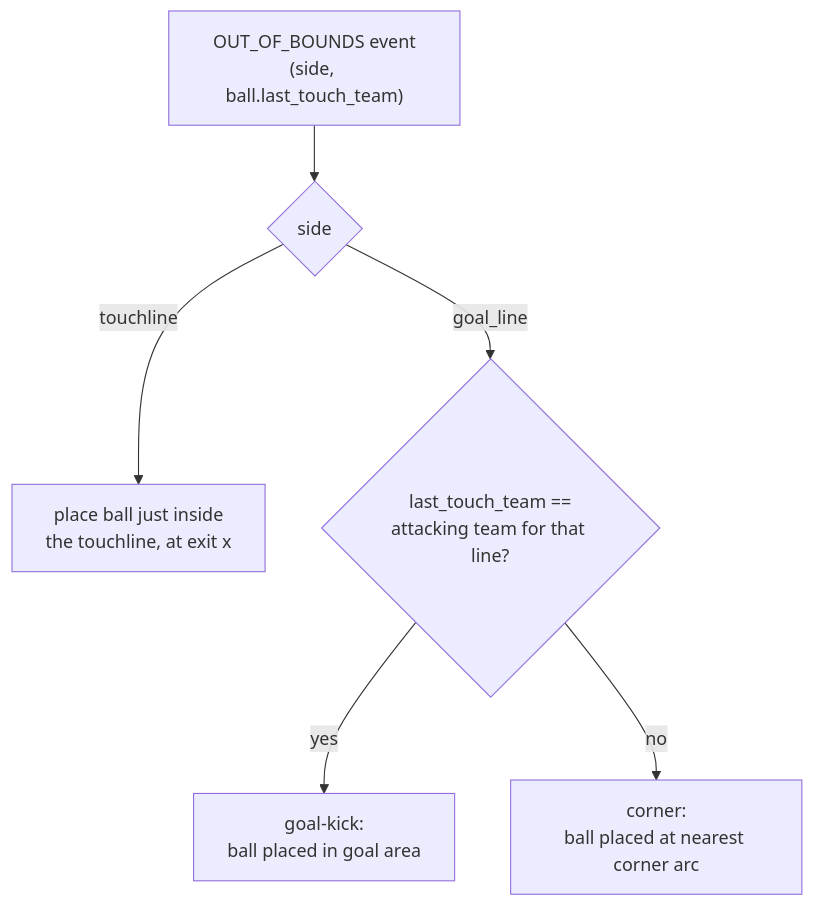
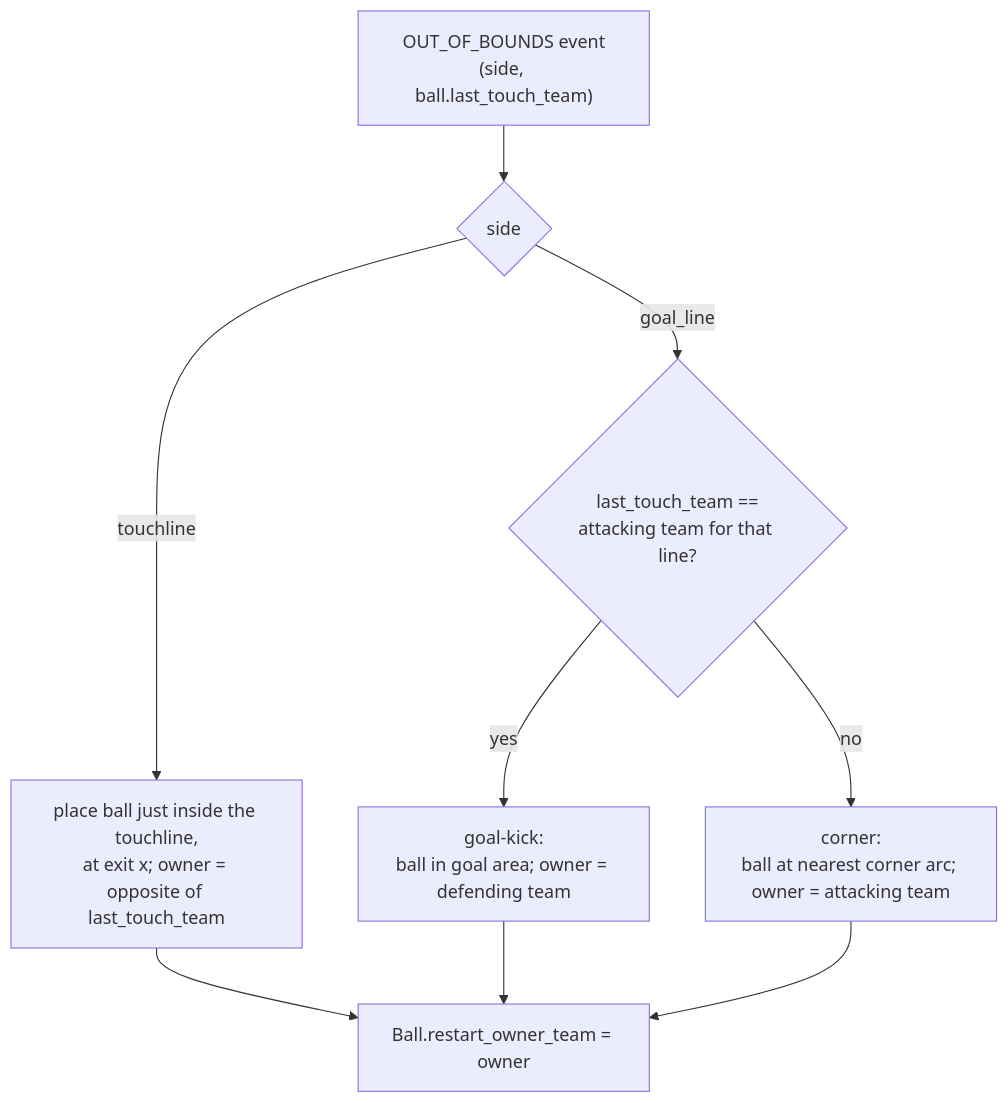
One commit to guivecchi/soccer_simulation changed the third of 3 diagrams in docs/stages/stage3-concepts.md. Above: the diagram before and after it, drawn with Mermaid. The commit also changed other lines of this file and 7 other files, not shown here.

````diff
--- a/docs/stages/stage3-concepts.md
+++ b/docs/stages/stage3-concepts.md
@@ -119,8 +119,11 @@
 ```mermaid
 flowchart TD
     A["OUT_OF_BOUNDS event\n(side, ball.last_touch_team)"] --> B{side}
-    B -- touchline --> C["place ball just inside\nthe touchline, at exit x"]
+    B -- touchline --> C["place ball just inside the touchline,\nat exit x; owner = opposite of last_touch_team"]
     B -- goal_line --> D{"last_touch_team ==\nattacking team for that line?"}
-    D -- yes --> E["goal-kick:\nball placed in goal area"]
-    D -- no --> F["corner:\nball placed at nearest corner arc"]
+    D -- yes --> E["goal-kick:\nball in goal area; owner = defending team"]
+    D -- no --> F["corner:\nball at nearest corner arc; owner = attacking team"]
+    C --> G["Ball.restart_owner_team = owner"]
+    E --> G
+    F --> G
 ```
````
